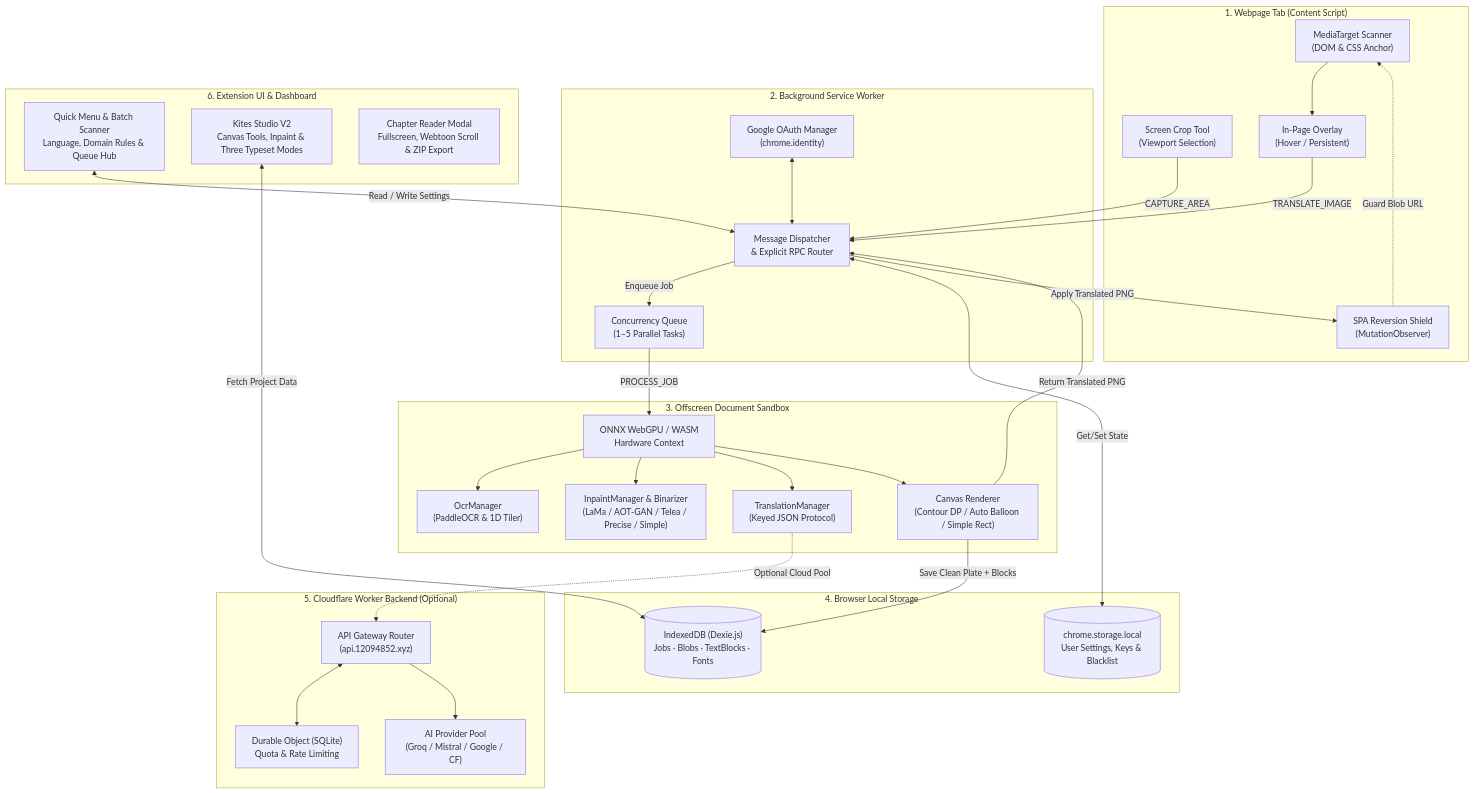
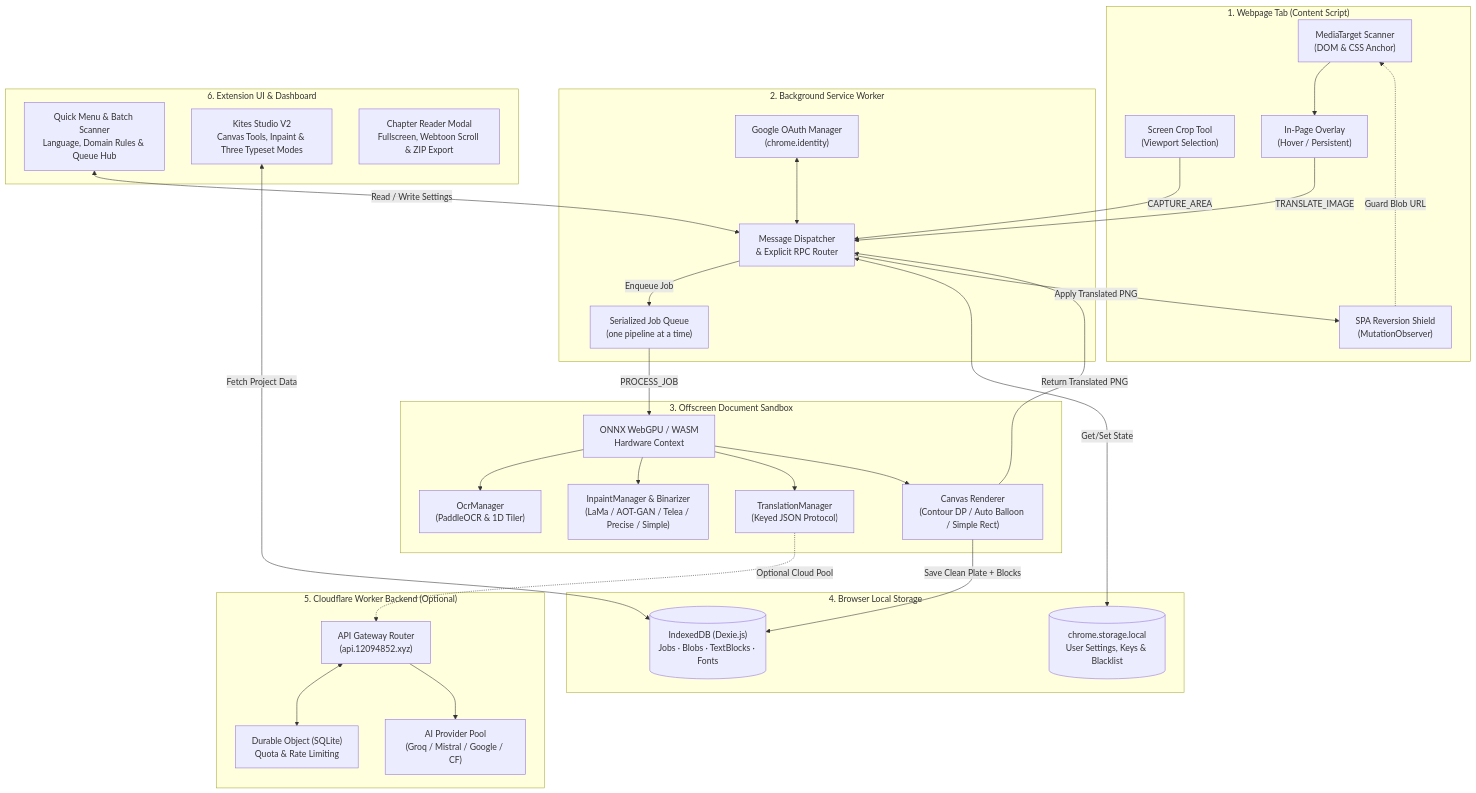
Before and after one commit to Unheat/Kites: the diagram in docs/architecture/overview.md, drawn with Mermaid. The commit also changed other lines of this file and 56 other files, not shown here.

````diff
--- a/docs/architecture/overview.md
+++ b/docs/architecture/overview.md
@@ -17,66 +18,66 @@
 ```mermaid
 graph TB
     subgraph BrowserTab["1. Webpage Tab (Content Script)"]
         Scanner["MediaTarget Scanner<br/>(DOM & CSS Anchor)"]
         Shield["SPA Reversion Shield<br/>(MutationObserver)"]
         ScreenCrop["Screen Crop Tool<br/>(Viewport Selection)"]
         UIButtons["In-Page Overlay<br/>(Hover / Persistent)"]
     end
 
     subgraph ExtensionServiceWorker["2. Background Service Worker"]
         Hub["Message Dispatcher<br/>& Explicit RPC Router"]
-        Queue["Concurrency Queue<br/>(1–5 Parallel Tasks)"]
+        Queue["Serialized Job Queue<br/>(one pipeline at a time)"]
         OAuth["Google OAuth Manager<br/>(chrome.identity)"]
     end
 
     subgraph OffscreenDoc["3. Offscreen Document Sandbox"]
         WebGPU["ONNX WebGPU / WASM<br/>Hardware Context"]
         OcrSvc["OcrManager<br/>(PaddleOCR & 1D Tiler)"]
         InpaintSvc["InpaintManager & Binarizer<br/>(LaMa / AOT-GAN / Telea / Precise / Simple)"]
         TransSvc["TranslationManager<br/>(Keyed JSON Protocol)"]
         RenderSvc["Canvas Renderer<br/>(Contour DP / Auto Balloon / Simple Rect)"]
     end
 
     subgraph LocalStorage["4. Browser Local Storage"]
         DexieDB[("IndexedDB (Dexie.js)<br/>Jobs · Blobs · TextBlocks · Fonts")]
         LocalStore[("chrome.storage.local<br/>User Settings, Keys & Blacklist")]
     end
 
     subgraph CloudflareBackend["5. Cloudflare Worker Backend (Optional)"]
         WorkerRouter["API Gateway Router<br/>(api.12094852.xyz)"]
         WorkerDO["Durable Object (SQLite)<br/>Quota & Rate Limiting"]
         ProviderPool["AI Provider Pool<br/>(Groq / Mistral / Google / CF)"]
     end
 
     subgraph DesktopUI["6. Extension UI & Dashboard"]
         PopupView["Quick Menu & Batch Scanner<br/>Language, Domain Rules & Queue Hub"]
         StudioApp["Kites Studio V2<br/>Canvas Tools, Inpaint & Three Typeset Modes"]
         ReaderModal["Chapter Reader Modal<br/>Fullscreen, Webtoon Scroll & ZIP Export"]
     end
 
     UIButtons -->|TRANSLATE_IMAGE| Hub
     Scanner --> UIButtons
     Shield -.->|Guard Blob URL| Scanner
     ScreenCrop -->|CAPTURE_AREA| Hub
 
     Hub -->|Enqueue Job| Queue
     Queue -->|PROCESS_JOB| WebGPU
     Hub <-->|Get/Set State| LocalStore
     OAuth <--> Hub
 
     WebGPU --> OcrSvc
     WebGPU --> InpaintSvc
     WebGPU --> TransSvc
     WebGPU --> RenderSvc
 
     TransSvc -.->|Optional Cloud Pool| WorkerRouter
     WorkerRouter <--> WorkerDO
     WorkerRouter --> ProviderPool
 
     RenderSvc -->|Save Clean Plate + Blocks| DexieDB
     RenderSvc -->|Return Translated PNG| Hub
     Hub -->|Apply Translated PNG| Shield
 
     PopupView <-->|Read / Write Settings| Hub
     StudioApp <-->|Fetch Project Data| DexieDB
 ```
````
